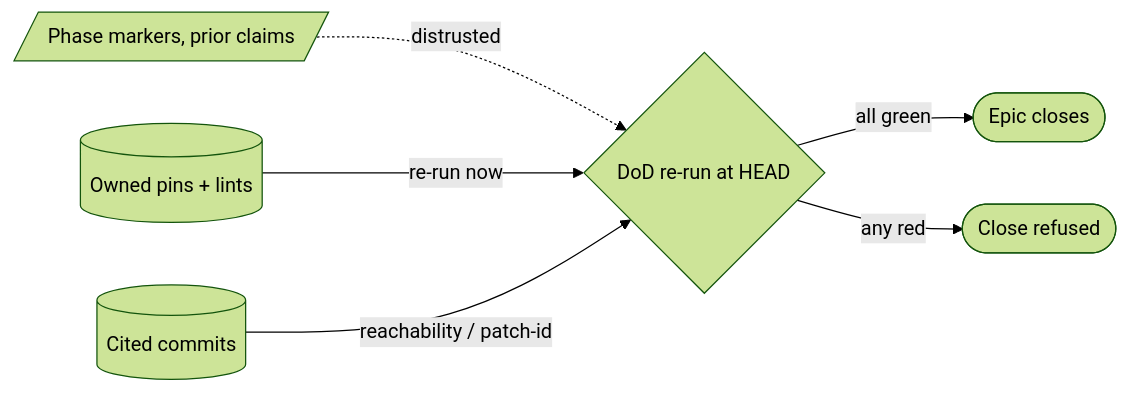
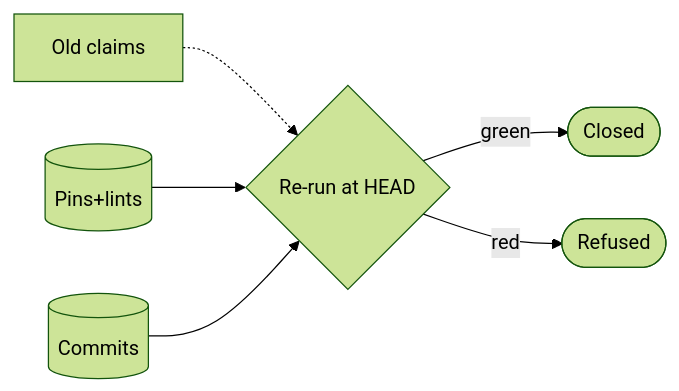
The diagram in book/appendix-fills/agent/epic-definition-of-done.md (davisjam/agent-governance-mechanisms), drawn with Mermaid (forest theme) before and after one commit. The commit also changed other lines of this file and 25 other files, not shown here.

Commit message:
feat(appxC): bespoke diagrams replacing shared glyphs (batches F+G)

````diff
--- a/book/appendix-fills/agent/epic-definition-of-done.md
+++ b/book/appendix-fills/agent/epic-definition-of-done.md
@@ -32,8 +32,8 @@
 ```mermaid
 flowchart LR
-  Claims[/Phase markers, prior claims/] -.->|distrusted| Gate{DoD re-run at HEAD}
-  Pins[(Owned pins + lints)] -->|re-run now| Gate
-  Commits[(Cited commits)] -->|reachability / patch-id| Gate
-  Gate -->|all green| Close([Epic closes])
-  Gate -->|any red| Hold([Close refused])
+  Claims[Old claims] -.-> Gate{Re-run at HEAD}
+  Pins[(Pins+lints)] --> Gate
+  Commits[(Commits)] --> Gate
+  Gate -->|green| Close([Closed])
+  Gate -->|red| Hold([Refused])
 ```
````
